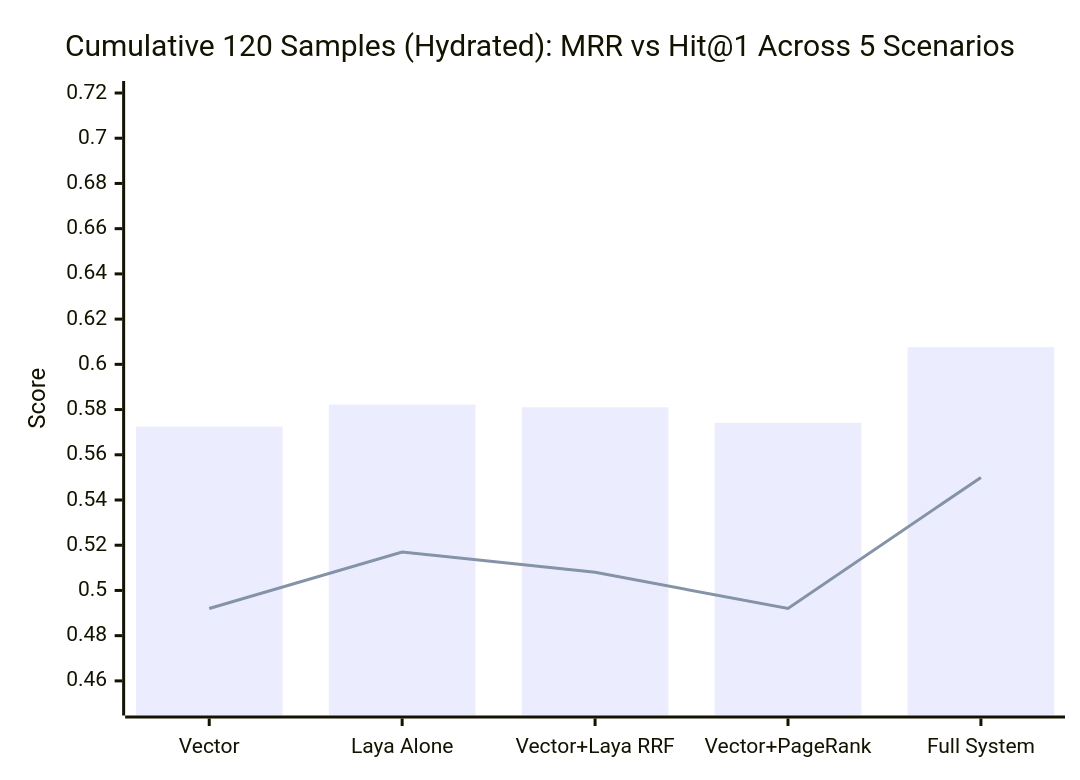
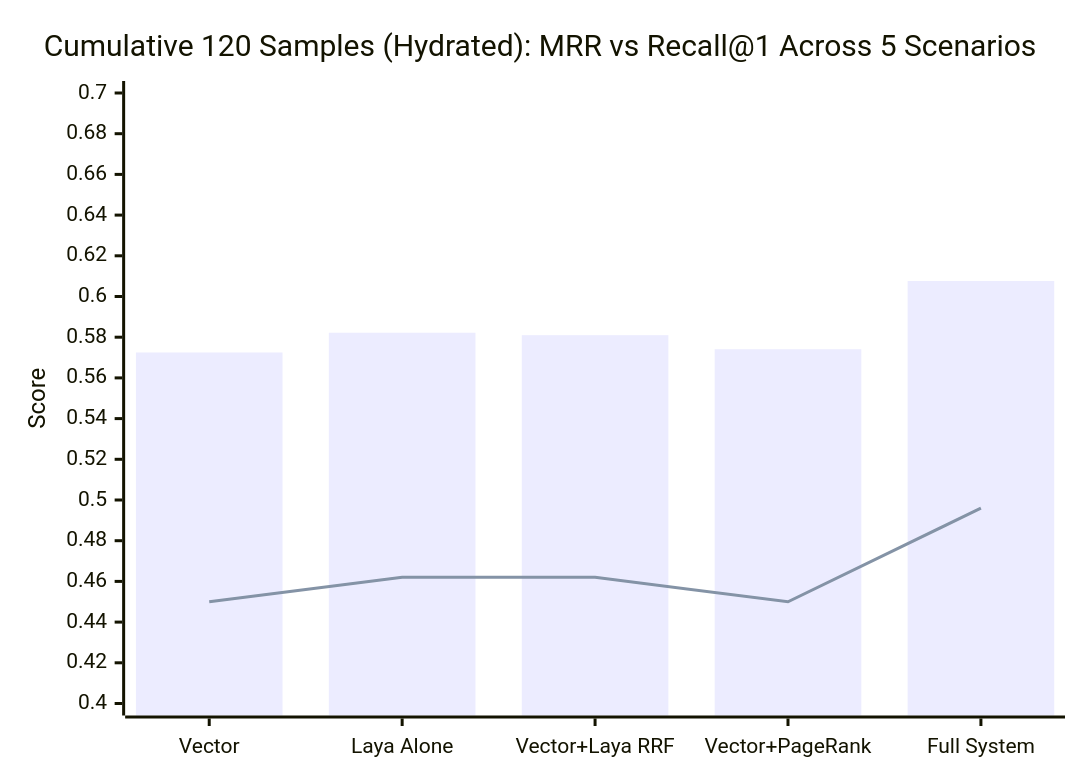
Before and after one commit to zombieTDV/UTH-Data-Mining-Real-Time-Scientific-Data-Mining-Advanced-RAG-System-for-AI-DS: the second of 3 diagrams in docs/benchmarks/laya_pagerank_benchmark_report.md, drawn with Mermaid. The commit also changed other lines of this file, not shown here.

Commit message:
[docs] add Recall@1 column and calculation to 120-sample benchmark report

````diff
--- a/docs/benchmarks/laya_pagerank_benchmark_report.md
+++ b/docs/benchmarks/laya_pagerank_benchmark_report.md
@@ -42,8 +42,8 @@
 ```mermaid
 xychart-beta
-    title "Cumulative 120 Samples (Hydrated): MRR vs Hit@1 Across 5 Scenarios"
+    title "Cumulative 120 Samples (Hydrated): MRR vs Recall@1 Across 5 Scenarios"
     x-axis ["Vector", "Laya Alone", "Vector+Laya RRF", "Vector+PageRank", "Full System"]
-    y-axis "Score" 0.45 --> 0.72
+    y-axis "Score" 0.40 --> 0.70
     bar [0.5725, 0.5822, 0.5810, 0.5741, 0.6076]
-    line [0.492, 0.517, 0.508, 0.492, 0.550]
+    line [0.450, 0.462, 0.462, 0.450, 0.496]
 ```
````
